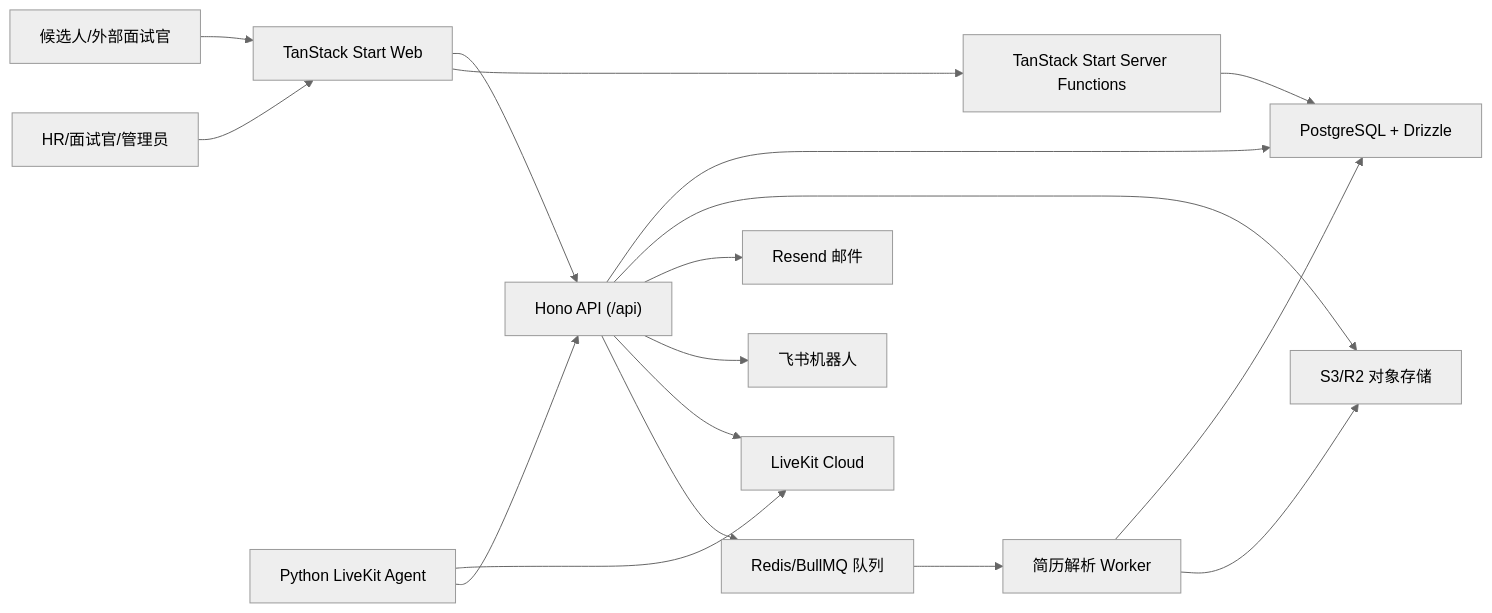
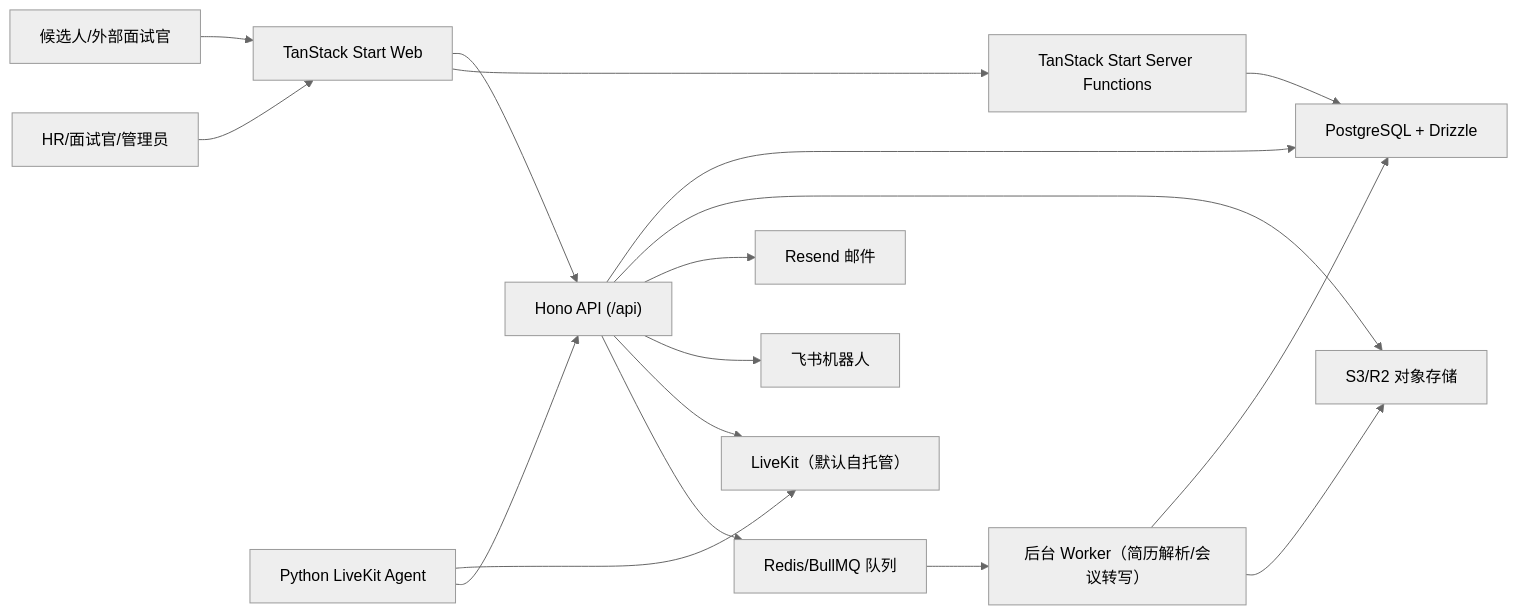
One commit to agniwen/ai-interview changed the diagram in docs/project-introduction.md. Above: the diagram before and after it, drawn with Mermaid (neutral theme). The commit also changed other lines of this file and 34 other files, not shown here.

````diff
--- a/docs/project-introduction.md
+++ b/docs/project-introduction.md
@@ -102,19 +105,19 @@
 ```mermaid
 flowchart LR
   Candidate["候选人/外部面试官"] --> Web["TanStack Start Web"]
   Recruiter["HR/面试官/管理员"] --> Web
   Web --> Hono["Hono API (/api)"]
   Web --> ServerFns["TanStack Start Server Functions"]
   ServerFns --> DB["PostgreSQL + Drizzle"]
   Hono --> DB
   Hono --> Storage["S3/R2 对象存储"]
   Hono --> Email["Resend 邮件"]
   Hono --> Feishu["飞书机器人"]
-  Hono --> LiveKit["LiveKit Cloud"]
+  Hono --> LiveKit["LiveKit（默认自托管）"]
   Hono --> Queue["Redis/BullMQ 队列"]
-  Queue --> Worker["简历解析 Worker"]
+  Queue --> Worker["后台 Worker（简历解析/会议转写）"]
   Worker --> DB
   Worker --> Storage
   Agent["Python LiveKit Agent"] --> LiveKit
   Agent --> Hono
 ```
````
